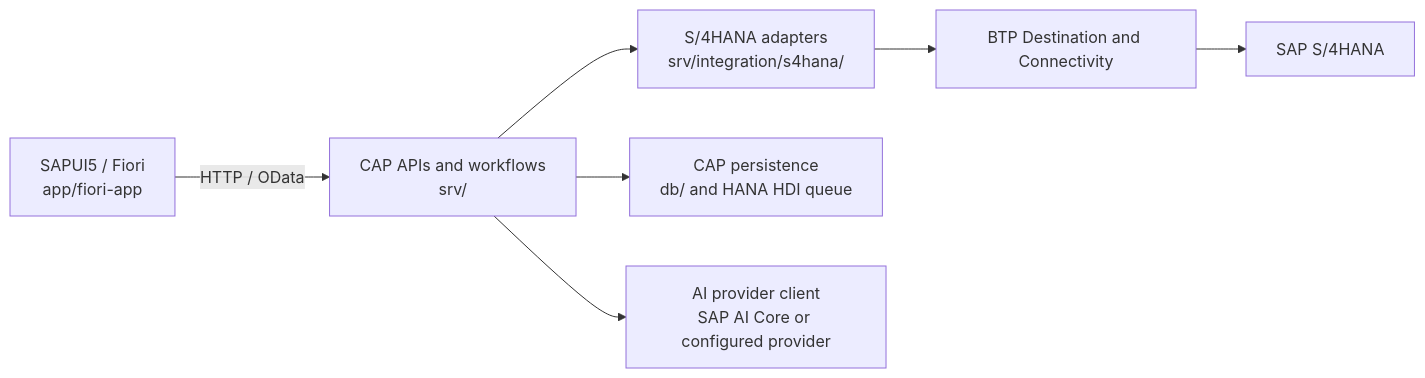
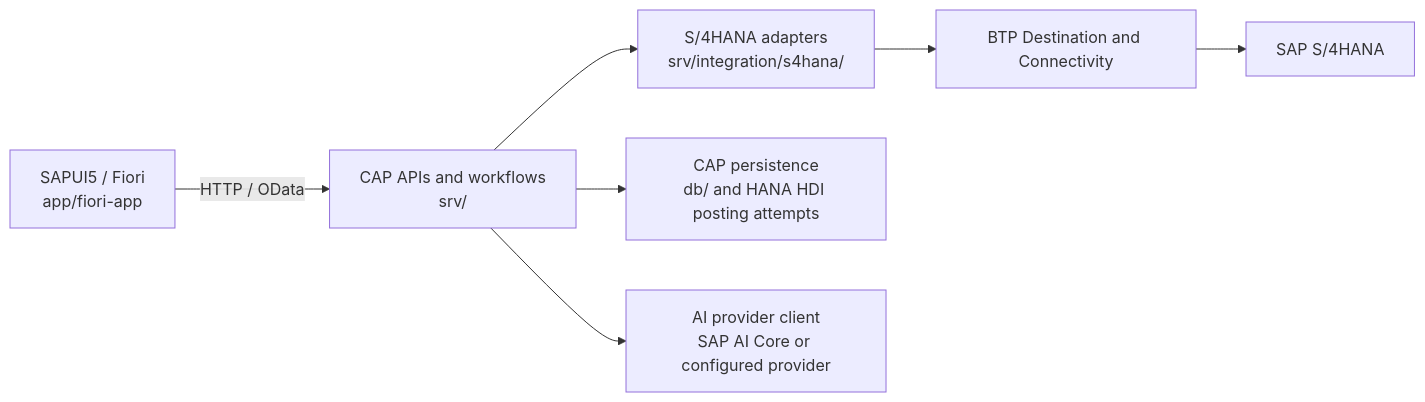
One commit to khushalDhanani/SAPS4HANAFULLSTACK0 changed the diagram in README.md. Above: the diagram before and after it, drawn with Mermaid. The commit also changed other lines of this file and 6 other files, not shown here.

Commit message:
docs: describe db/ as posting attempts only and drop removed tables

````diff
--- a/README.md
+++ b/README.md
@@ -34,9 +34,9 @@
 ```mermaid
 flowchart LR
     UI["SAPUI5 / Fiori<br/>app/fiori-app"] -->|HTTP / OData| CAP["CAP APIs and workflows<br/>srv/"]
     CAP --> ADAPTER["S/4HANA adapters<br/>srv/integration/s4hana/"]
     ADAPTER --> DEST["BTP Destination and Connectivity"]
     DEST --> SAP["SAP S/4HANA"]
-    CAP --> DB["CAP persistence<br/>db/ and HANA HDI queue"]
+    CAP --> DB["CAP persistence<br/>db/ and HANA HDI posting attempts"]
     CAP --> AI["AI provider client<br/>SAP AI Core or configured provider"]
 ```
````
